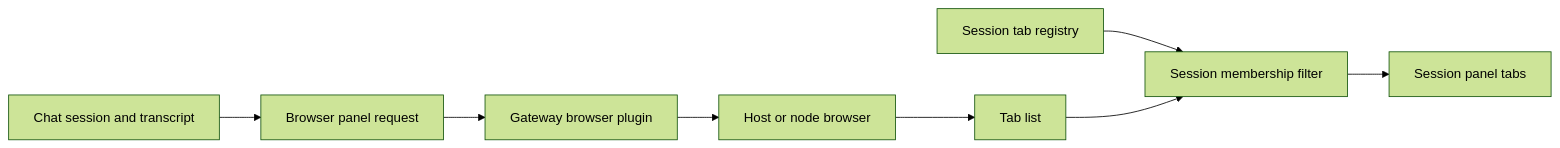
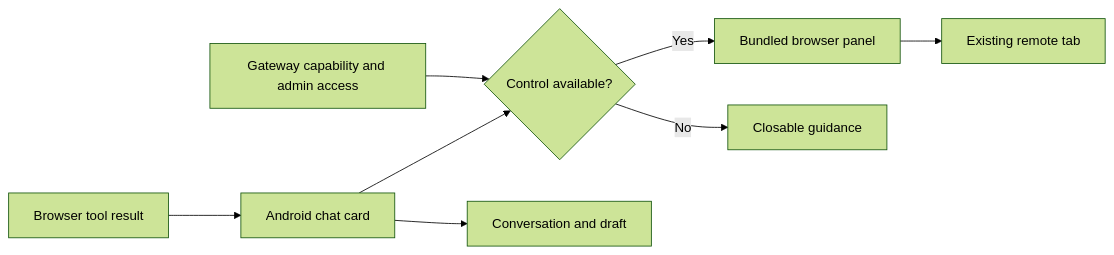
One commit to miguelbranco80/openclaw-bug-origins changed the diagram in fix-origins/clawsweeper/bundles/0053.full.md. Above: the diagram before and after it, drawn with Mermaid (forest theme). The commit also changed other lines of this file and 6464 other files, not shown here.

````diff
--- a/fix-origins/clawsweeper/bundles/0053.full.md
+++ b/fix-origins/clawsweeper/bundles/0053.full.md
@@ -39,10 +39,10 @@
 ```mermaid
 flowchart LR
-  A[Chat session and transcript] --> B[Browser panel request]
-  B --> C[Gateway browser plugin]
-  C --> D[Host or node browser]
-  D --> E[Tab list]
-  F[Session tab registry] --> G[Session membership filter]
-  E --> G
-  G --> H[Session panel tabs]
+A[Browser tool result] --> B[Android chat card]
+C[Gateway capability and admin access] --> D{Control available?}
+B --> D
+D -- Yes --> E[Bundled browser panel]
+E --> F[Existing remote tab]
+D -- No --> G[Closable guidance]
+B --> H[Conversation and draft]
 ```
````
